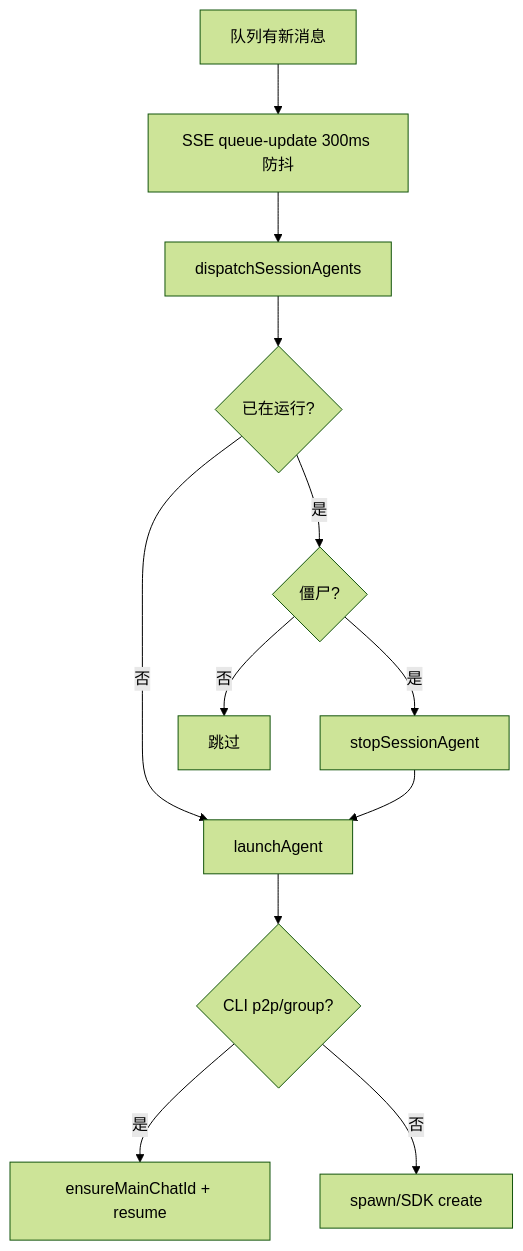
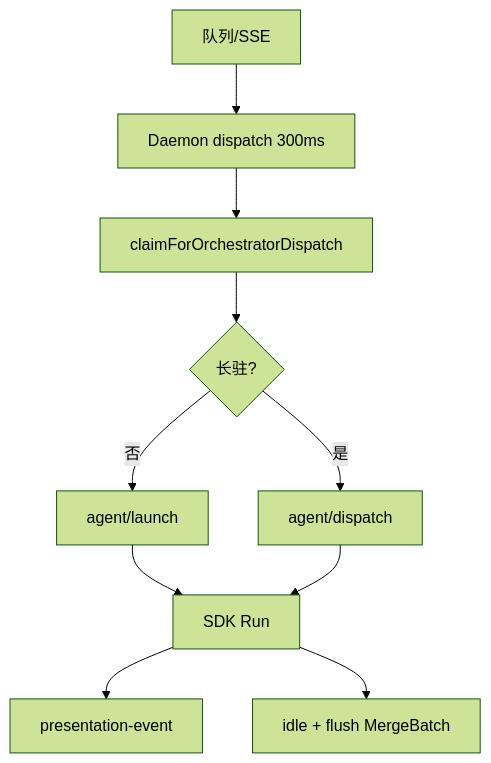
Before and after one commit to lk-eternal/cursor-claw: the diagram in knowledge/业务域/Agent调度/03-启动与自动重连.md, drawn with Mermaid (forest theme). The commit also changed other lines of this file and 33 other files, not shown here.

````diff
--- a/knowledge/业务域/Agent调度/03-启动与自动重连.md
+++ b/knowledge/业务域/Agent调度/03-启动与自动重连.md
@@ -26,14 +24,12 @@
 ```mermaid
 flowchart TD
-  Q[队列有新消息] --> SSE[SSE queue-update 300ms 防抖]
-  SSE --> DIS[dispatchSessionAgents]
-  DIS --> RUN{已在运行?}
-  RUN -->|是| ZOM{僵尸?}
-  ZOM -->|是| KILL[stopSessionAgent]
-  ZOM -->|否| SKIP[跳过]
-  RUN -->|否| LAUNCH[launchAgent]
-  KILL --> LAUNCH
-  LAUNCH --> RES{CLI p2p/group?}
-  RES -->|是| ENS[ensureMainChatId + resume]
-  RES -->|否| SPAWN[spawn/SDK create]
+  Q[队列/SSE] --> D[Daemon dispatch 300ms]
+  D --> CLM[claimForOrchestratorDispatch]
+  CLM --> LA{长驻?}
+  LA -->|否| LN[agent/launch]
+  LA -->|是| DP[agent/dispatch]
+  LN --> RUN[SDK Run]
+  DP --> RUN
+  RUN --> PE[presentation-event]
+  RUN --> IDLE[idle + flush MergeBatch]
 ```
````
